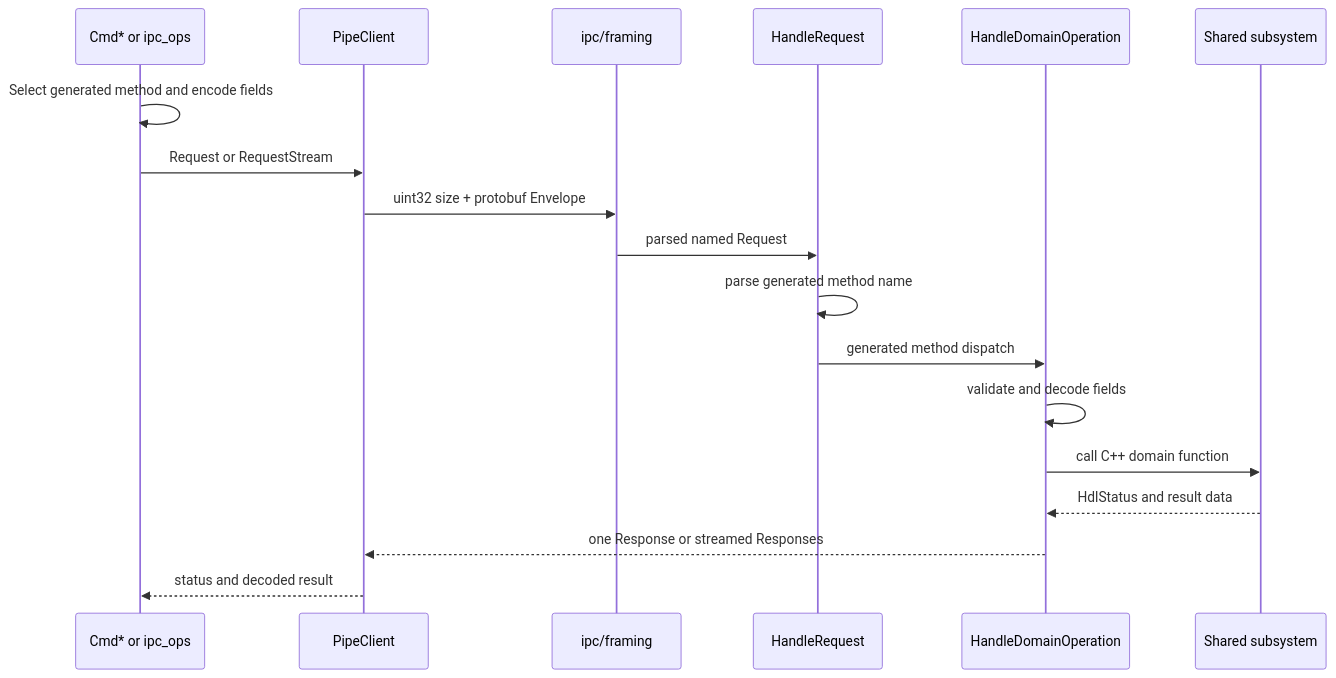
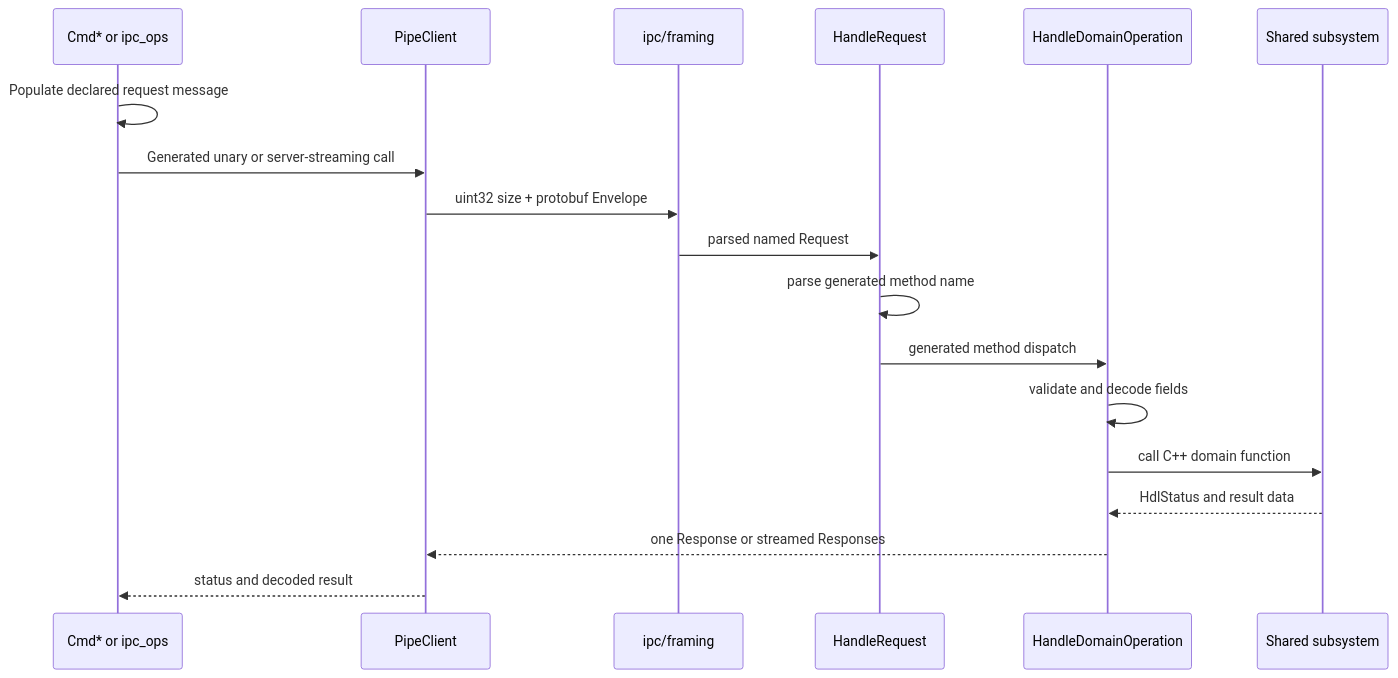
Before and after one commit to random-things/hdllib-ng: the fourth of 7 diagrams in docs/architecture.md, drawn with Mermaid. The commit also changed other lines of this file and 92 other files, not shown here.

````diff
--- a/docs/architecture.md
+++ b/docs/architecture.md
@@ -135,21 +135,21 @@
 ```mermaid
 sequenceDiagram
     participant Cmd as Cmd* or ipc_ops
     participant PC as PipeClient
     participant Frame as ipc/framing
     participant Dispatch as HandleRequest
     participant Handler as HandleDomainOperation
     participant Domain as Shared subsystem
 
-    Cmd->>Cmd: Select generated method and encode fields
-    Cmd->>PC: Request or RequestStream
+    Cmd->>Cmd: Populate declared request message
+    Cmd->>PC: Generated unary or server-streaming call
     PC->>Frame: uint32 size + protobuf Envelope
     Frame->>Dispatch: parsed named Request
     Dispatch->>Dispatch: parse generated method name
     Dispatch->>Handler: generated method dispatch
     Handler->>Handler: validate and decode fields
     Handler->>Domain: call C++ domain function
     Domain-->>Handler: HdlStatus and result data
     Handler-->>PC: one Response or streamed Responses
     PC-->>Cmd: status and decoded result
 ```
````
